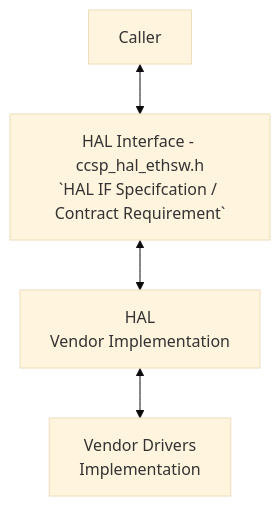
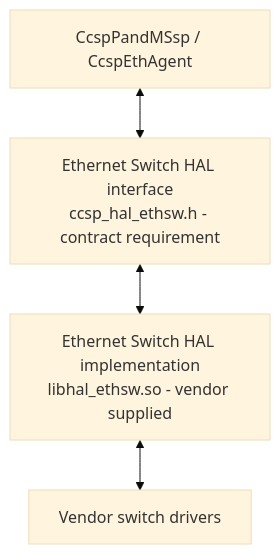
Before and after one commit to rdkcentral/rdkb-halif-ethsw: the first of 2 diagrams in docs/pages/EthSWHAlSpec.md, drawn with Mermaid (base theme). The commit also changed other lines of this file, not shown here.

First line of the commit message:
RDKHAL-2 : Update Ethernet Switch HAL specification

````diff
--- a/docs/pages/EthSWHAlSpec.md
+++ b/docs/pages/EthSWHAlSpec.md
@@ -61,7 +36,6 @@
 ```mermaid
-
-flowchart
-    Caller <--> HALIF[HAL Interface - ccsp_hal_ethsw.h\n`HAL IF Specifcation / Contract Requirement`]
-    HALIF <--> VendorWrapper[HAL\nVendor Implementation]
-    VendorWrapper <--> VendorDrivers[Vendor Drivers\nImplementation]
+flowchart TD
+    Owner["CcspPandMSsp / CcspEthAgent"] <--> Contract["Ethernet Switch HAL interface<br/>ccsp_hal_ethsw.h - contract requirement"]
+    Contract <--> Impl["Ethernet Switch HAL implementation<br/>libhal_ethsw.so - vendor supplied"]
+    Impl <--> Drivers[Vendor switch drivers]
 ```
````
